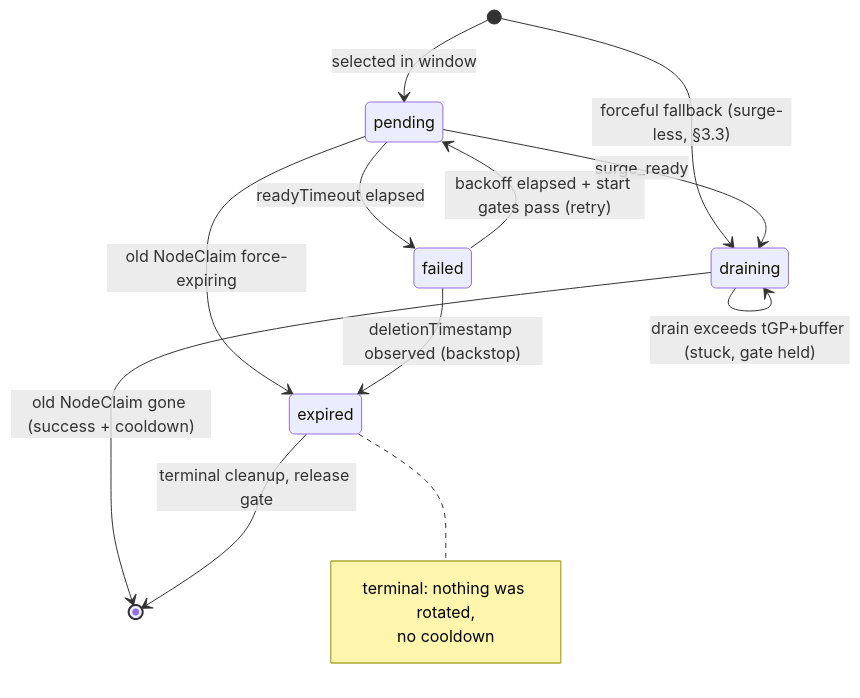
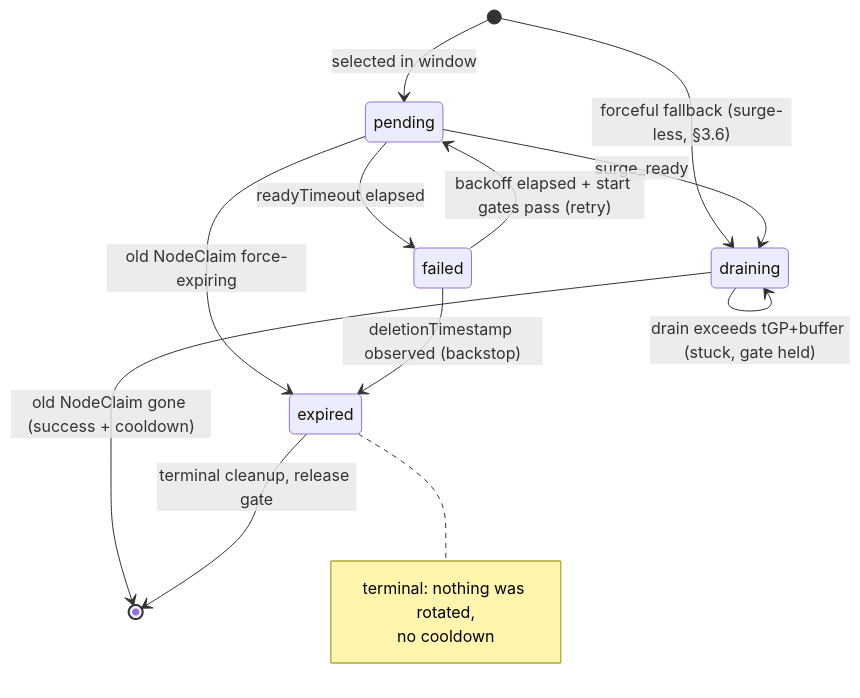
The third of 3 diagrams in docs/specification/05-implementation.md (AkashiSN/node-rotation-controller), drawn with Mermaid before and after one commit. The commit also changed other lines of this file and 37 other files, not shown here.

````diff
--- a/docs/specification/05-implementation.md
+++ b/docs/specification/05-implementation.md
@@ -322,17 +294,17 @@
 ```mermaid
 stateDiagram-v2
     [*] --> pending: selected in window
-    [*] --> draining: forceful fallback (surge-less, §3.3)
+    [*] --> draining: forceful fallback (surge-less, §3.6)
     pending --> draining: surge_ready
     pending --> failed: readyTimeout elapsed
     pending --> expired: old NodeClaim force-expiring
     draining --> [*]: old NodeClaim gone (success + cooldown)
     failed --> pending: backoff elapsed + start gates pass (retry)
     failed --> expired: deletionTimestamp observed (backstop)
     expired --> [*]: terminal cleanup, release gate
     draining --> draining: drain exceeds tGP+buffer (stuck, gate held)
     note right of expired
         terminal: nothing was rotated,
         no cooldown
     end note
 ```
````
